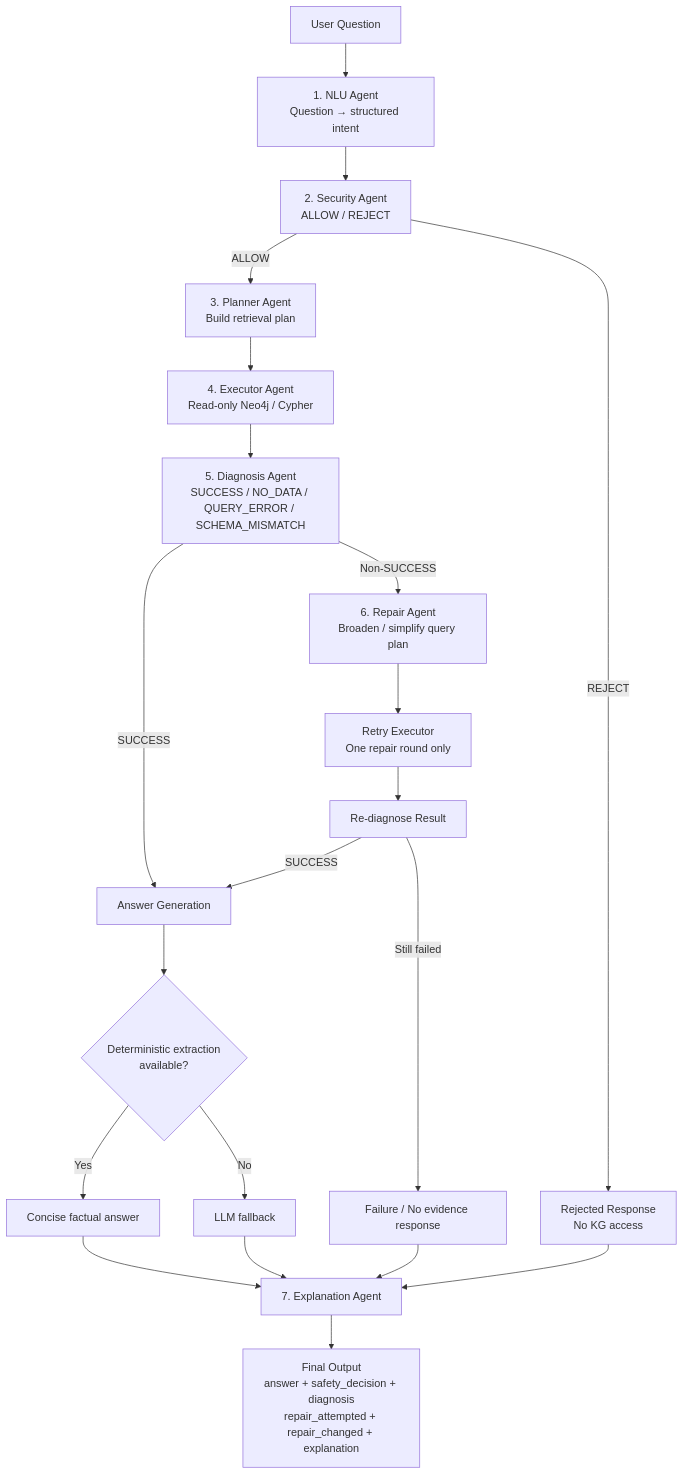
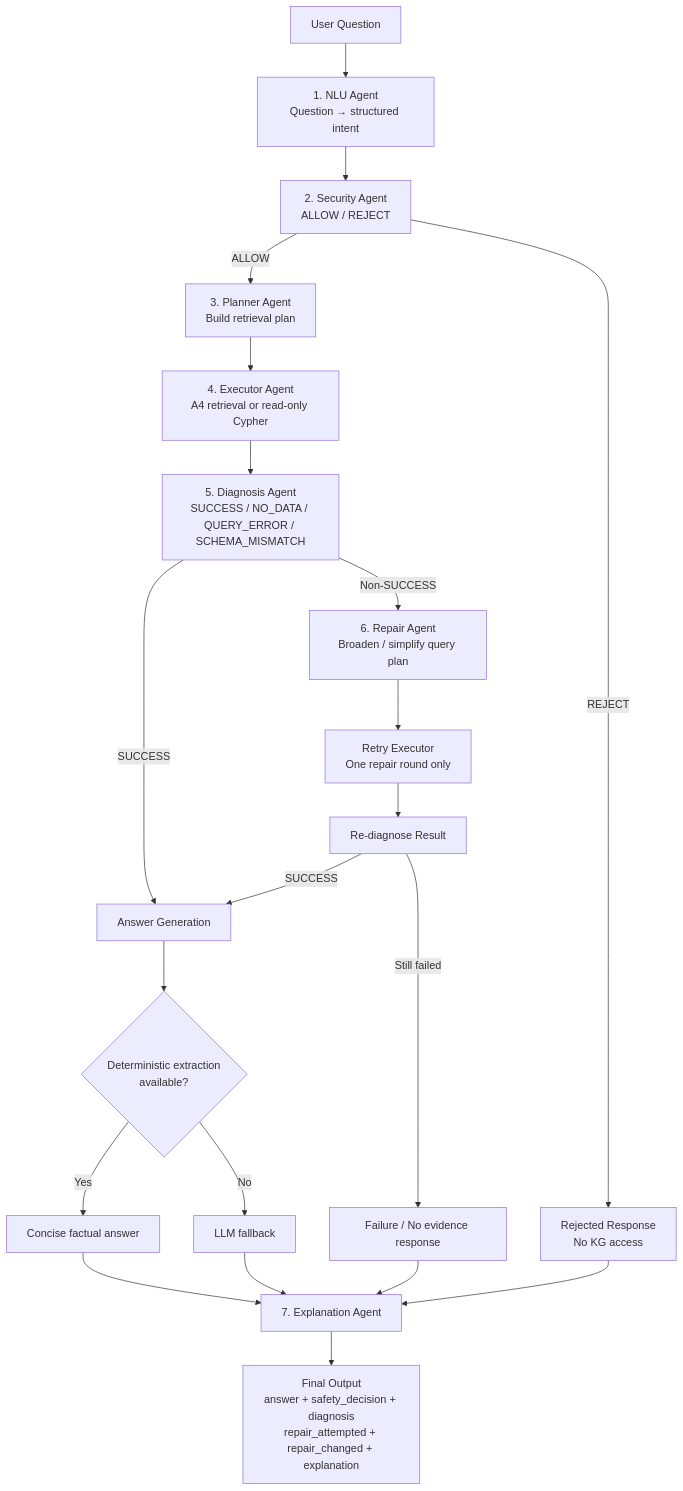
One commit to JosephLaiWorks/ncu-regulation-multiagent-qa changed the first of 2 diagrams in README.md. Above: the diagram before and after it, drawn with Mermaid. The commit also changed other lines of this file, not shown here.

````diff
--- a/README.md
+++ b/README.md
@@ -42,29 +42,29 @@
 ```mermaid
 flowchart TD
     Q[User Question] --> NLU[1. NLU Agent<br/>Question → structured intent]
     NLU --> SEC[2. Security Agent<br/>ALLOW / REJECT]
 
     SEC -->|REJECT| RJ[Rejected Response<br/>No KG access]
     SEC -->|ALLOW| PLAN[3. Planner Agent<br/>Build retrieval plan]
 
-    PLAN --> EXEC[4. Executor Agent<br/>Read-only Neo4j / Cypher]
+    PLAN --> EXEC[4. Executor Agent<br/>A4 retrieval or read-only Cypher]
     EXEC --> DIAG[5. Diagnosis Agent<br/>SUCCESS / NO_DATA / QUERY_ERROR / SCHEMA_MISMATCH]
 
     DIAG -->|SUCCESS| ANS[Answer Generation]
     DIAG -->|Non-SUCCESS| REP[6. Repair Agent<br/>Broaden / simplify query plan]
 
     REP --> REXEC[Retry Executor<br/>One repair round only]
     REXEC --> RDIAG[Re-diagnose Result]
     RDIAG -->|SUCCESS| ANS
     RDIAG -->|Still failed| FAIL[Failure / No evidence response]
 
     ANS --> EXT{Deterministic extraction<br/>available?}
     EXT -->|Yes| FACT[Concise factual answer]
     EXT -->|No| LLM[LLM fallback]
     FACT --> EXP[7. Explanation Agent]
     LLM --> EXP
     FAIL --> EXP
     RJ --> EXP
 
     EXP --> OUT[Final Output<br/>answer + safety_decision + diagnosis<br/>repair_attempted + repair_changed + explanation]
 ```
````
